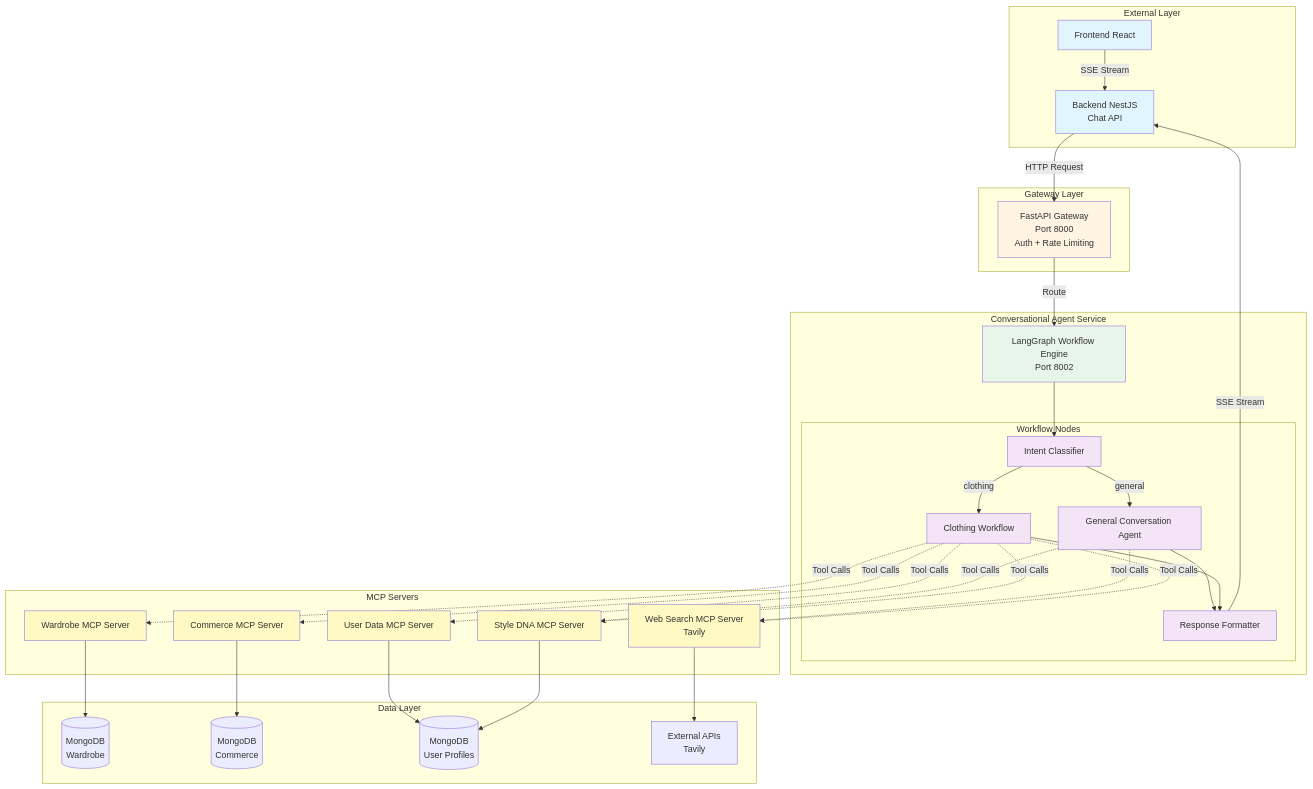
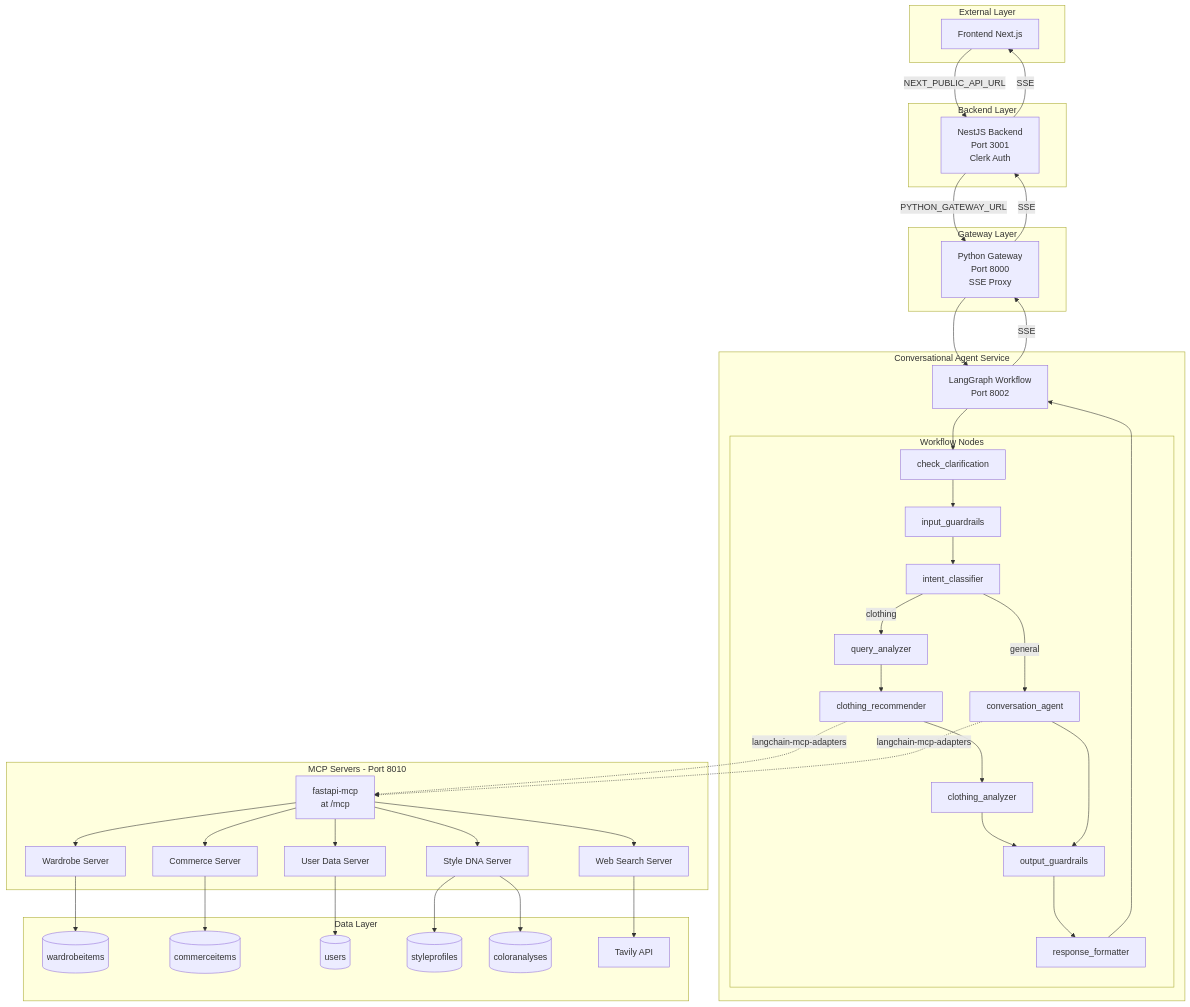
The first of 9 diagrams in python_engine/docs/MULTI_AGENT_FLOW_DIAGRAM.md (brscn2/aesthetiq), drawn with Mermaid before and after one commit. The commit also changed other lines of this file and 2 other files, not shown here.

````diff
--- a/python_engine/docs/MULTI_AGENT_FLOW_DIAGRAM.md
+++ b/python_engine/docs/MULTI_AGENT_FLOW_DIAGRAM.md
@@ -5,77 +5,84 @@
 ```mermaid
 graph TB
-    subgraph "External Layer"
-        FE[Frontend React]
-        BE[Backend NestJS<br/>Chat API]
+    subgraph external [External Layer]
+        FE[Frontend Next.js]
     end
     
-    subgraph "Gateway Layer"
-        GW[FastAPI Gateway<br/>Port 8000<br/>Auth + Rate Limiting]
+    subgraph backend_layer [Backend Layer]
+        BE[NestJS Backend<br/>Port 3001<br/>Clerk Auth]
     end
     
-    subgraph "Conversational Agent Service"
-        CAS[LangGraph Workflow Engine<br/>Port 8002]
+    subgraph gateway_layer [Gateway Layer]
+        GW[Python Gateway<br/>Port 8000<br/>SSE Proxy]
+    end
+    
+    subgraph agent_service [Conversational Agent Service]
+        CAS[LangGraph Workflow<br/>Port 8002]
         
-        subgraph "Workflow Nodes"
-            IC[Intent Classifier]
-            GCA[General Conversation Agent]
-            CWF[Clothing Workflow]
-            RF[Response Formatter]
+        subgraph workflow_nodes [Workflow Nodes]
+            CheckClarify[check_clarification]
+            IG[input_guardrails]
+            IC[intent_classifier]
+            QA[query_analyzer]
+            GCA[conversation_agent]
+            CRA[clothing_recommender]
+            CAA[clothing_analyzer]
+            OG[output_guardrails]
+            RF[response_formatter]
         end
     end
     
-    subgraph "MCP Servers"
-        WS[Wardrobe MCP Server]
-        CS[Commerce MCP Server]
-        WSS[Web Search MCP Server<br/>Tavily]
-        UDS[User Data MCP Server]
-        SDS[Style DNA MCP Server]
+    subgraph mcp_layer [MCP Servers - Port 8010]
+        MCP[fastapi-mcp<br/>at /mcp]
+        WS[Wardrobe Server]
+        CS[Commerce Server]
+        WSS[Web Search Server]
+        UDS[User Data Server]
+        SDS[Style DNA Server]
     end
     
-    subgraph "Data Layer"
-        MW[(MongoDB<br/>Wardrobe)]
-        MC[(MongoDB<br/>Commerce)]
-        MP[(MongoDB<br/>User Profiles)]
-        EXT[External APIs<br/>Tavily]
+    subgraph data_layer [Data Layer]
+        MW[(wardrobeitems)]
+        MC[(commerceitems)]
+        MU[(users)]
+        MSP[(styleprofiles)]
+        MCA[(coloranalyses)]
+        EXT[Tavily API]
     end
     
-    FE -->|SSE Stream| BE
-    BE -->|HTTP Request| GW
-    GW -->|Route| CAS
+    FE -->|NEXT_PUBLIC_API_URL| BE
+    BE -->|PYTHON_GATEWAY_URL| GW
+    GW --> CAS
     
-    CAS --> IC
+    CAS --> CheckClarify
+    CheckClarify --> IG
+    IG --> IC
     IC -->|general| GCA
-    IC -->|clothing| CWF
-    GCA --> RF
-    CWF --> RF
-    RF -->|SSE Stream| BE
+    IC -->|clothing| QA
+    QA --> CRA
+    CRA --> CAA
+    CAA --> OG
+    GCA --> OG
+    OG --> RF
+    RF --> CAS
     
-    GCA -.->|Tool Calls| WSS
-    GCA -.->|Tool Calls| SDS
+    CAS -->|SSE| GW
+    GW -->|SSE| BE
+    BE -->|SSE| FE
     
-    CWF -.->|Tool Calls| WS
-    CWF -.->|Tool Calls| CS
-    CWF -.->|Tool Calls| WSS
-    CWF -.->|Tool Calls| UDS
-    CWF -.->|Tool Calls| SDS
+    CRA -.->|langchain-mcp-adapters| MCP
+    GCA -.->|langchain-mcp-adapters| MCP
+    
+    MCP --> WS
+    MCP --> CS
+    MCP --> WSS
+    MCP --> UDS
+    MCP --> SDS
     
     WS --> MW
     CS --> MC
-    UDS --> MP
-    SDS --> MP
+    UDS --> MU
+    SDS --> MSP
+    SDS --> MCA
     WSS --> EXT
-    
-    style FE fill:#e1f5ff
-    style BE fill:#e1f5ff
-    style GW fill:#fff4e1
-    style CAS fill:#e8f5e9
-    style IC fill:#f3e5f5
-    style GCA fill:#f3e5f5
-    style CWF fill:#f3e5f5
-    style RF fill:#f3e5f5
-    style WS fill:#fff9c4
-    style CS fill:#fff9c4
-    style WSS fill:#fff9c4
-    style UDS fill:#fff9c4
-    style SDS fill:#fff9c4
 ```
````
